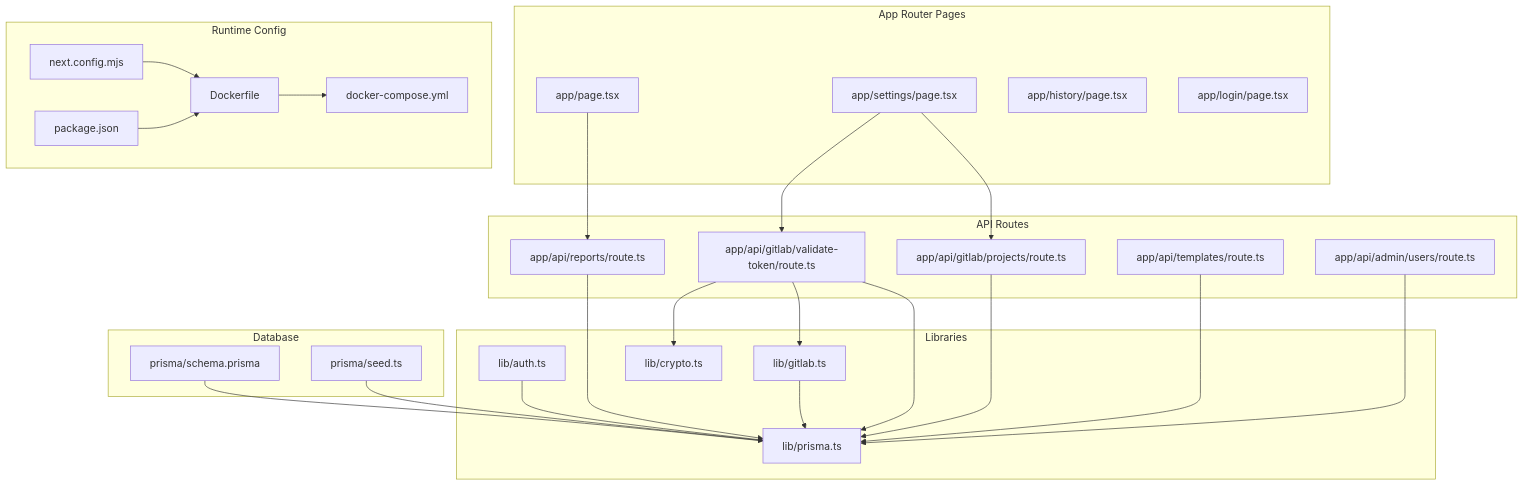
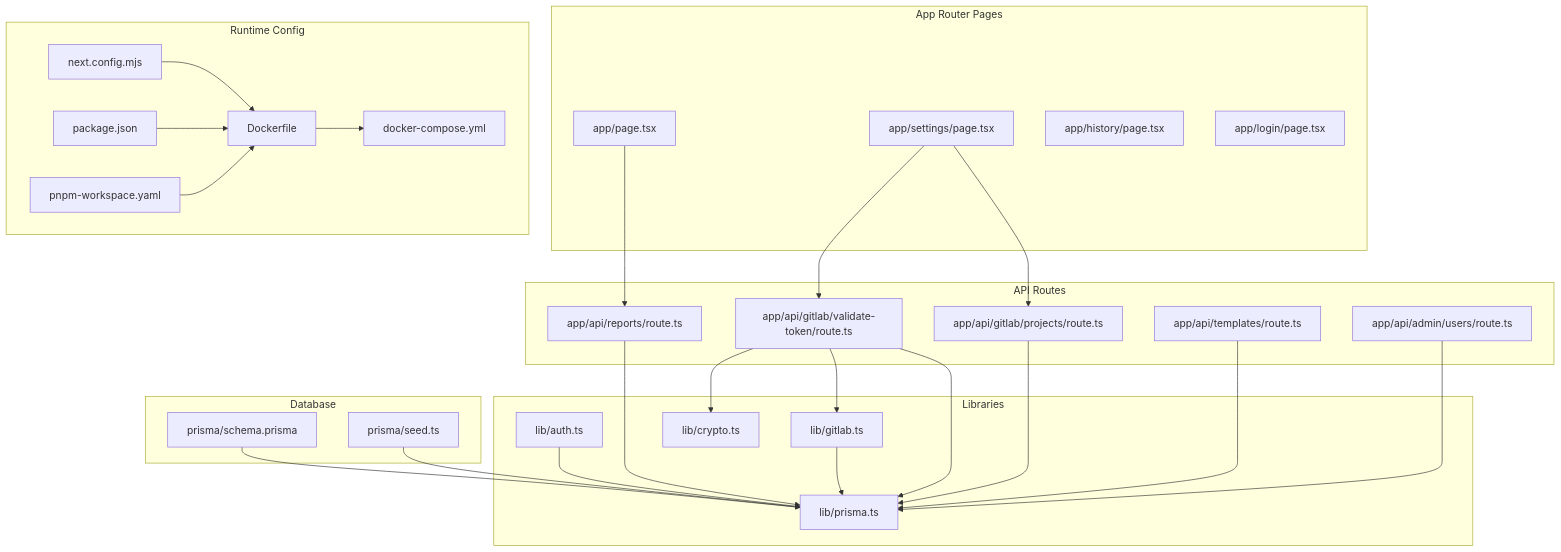
The first of 6 diagrams in .qoder/repowiki/en/content/Getting Started.md (jrj444/git-daily), drawn with Mermaid before and after one commit. The commit also changed other lines of this file and 8 other files, not shown here.

````diff
--- a/.qoder/repowiki/en/content/Getting Started.md
+++ b/.qoder/repowiki/en/content/Getting Started.md
@@ -53,49 +57,51 @@
 ```mermaid
 graph TB
 subgraph "App Router Pages"
 P1["app/page.tsx"]
 P2["app/settings/page.tsx"]
 P3["app/history/page.tsx"]
 P4["app/login/page.tsx"]
 end
 subgraph "API Routes"
 A1["app/api/gitlab/validate-token/route.ts"]
 A2["app/api/gitlab/projects/route.ts"]
 A3["app/api/reports/route.ts"]
 A4["app/api/templates/route.ts"]
 A5["app/api/admin/users/route.ts"]
 end
 subgraph "Libraries"
 L1["lib/auth.ts"]
 L2["lib/crypto.ts"]
 L3["lib/gitlab.ts"]
 L4["lib/prisma.ts"]
 end
 subgraph "Database"
 D1["prisma/schema.prisma"]
 D2["prisma/seed.ts"]
 end
 subgraph "Runtime Config"
 C1["next.config.mjs"]
 C2["Dockerfile"]
 C3["docker-compose.yml"]
 C4["package.json"]
+C5["pnpm-workspace.yaml"]
 end
 P1 --> A3
 P2 --> A1
 P2 --> A2
 A1 --> L2
 A1 --> L3
 A1 --> L4
 A2 --> L4
 A3 --> L4
 A4 --> L4
 A5 --> L4
 L1 --> L4
 L3 --> L4
 D1 --> L4
 D2 --> L4
 C1 --> C2
 C2 --> C3
 C4 --> C2
+C5 --> C2
 ```
````
